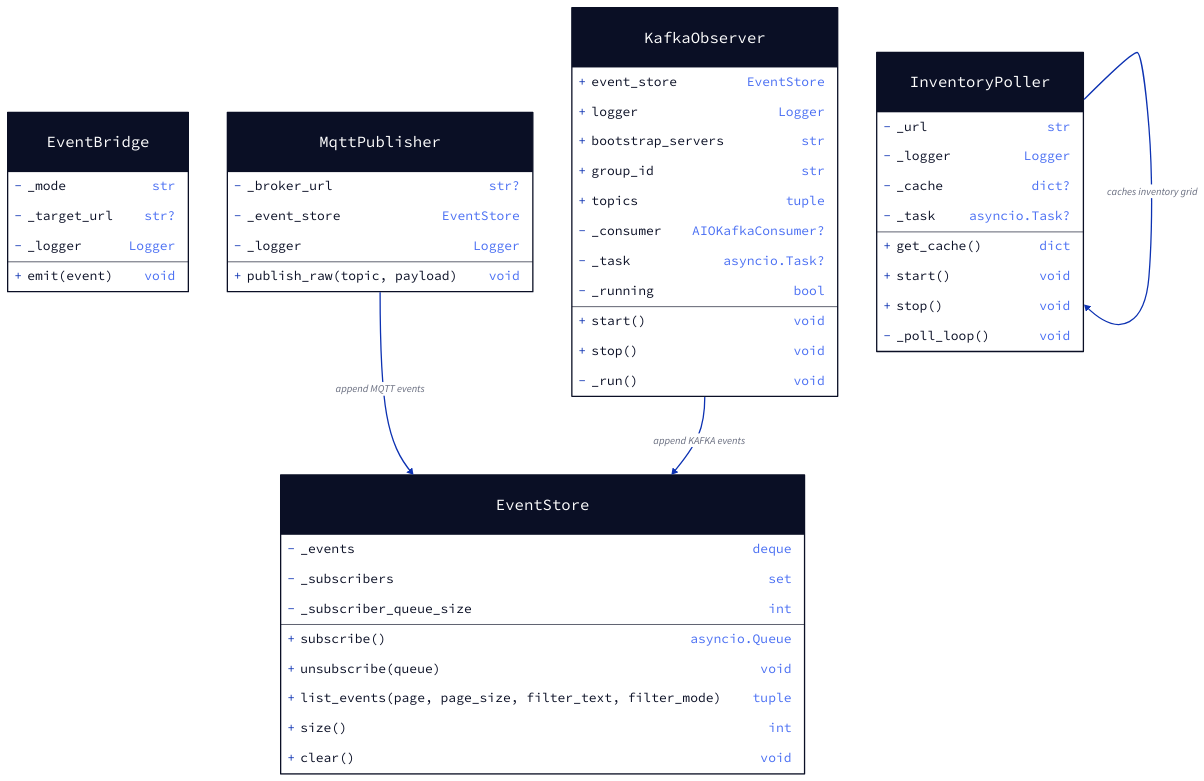
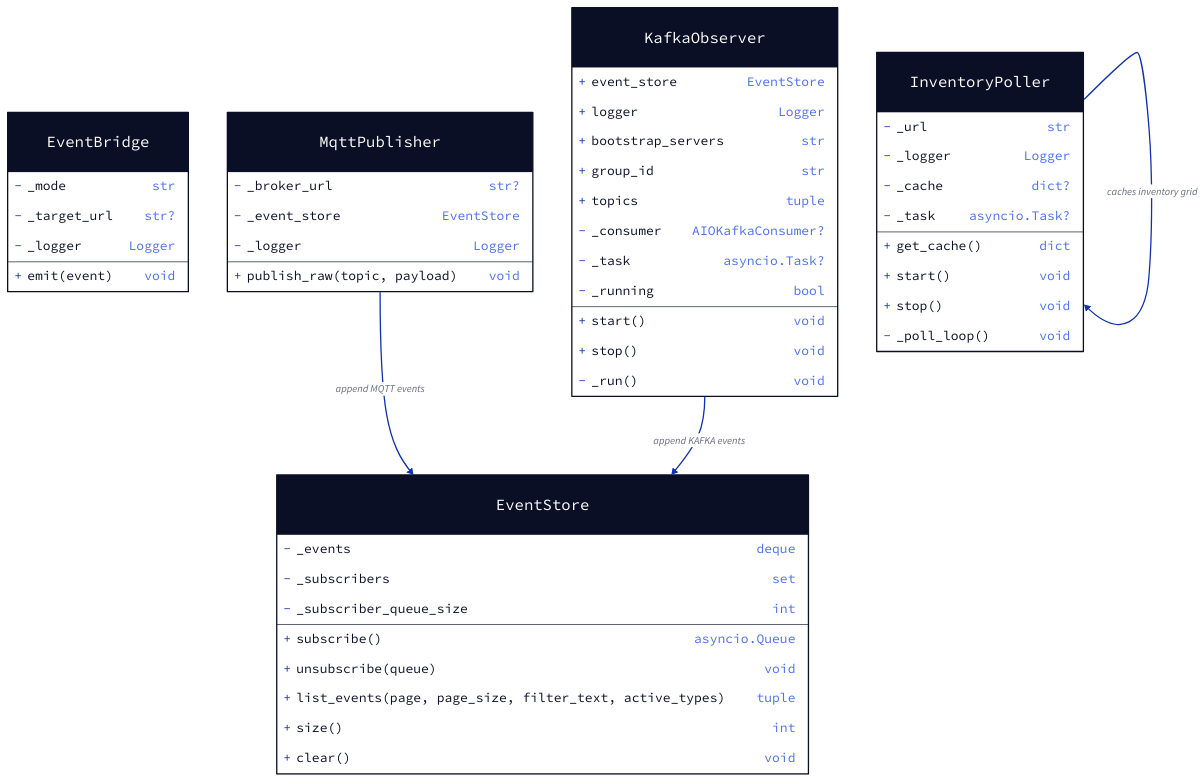
One commit to ielpo/edpo-project-group1 changed the diagram in services/simulated-factory/simulated_factory/diagrams/06-adapters-events-class.d2. Above: the diagram before and after it, drawn with D2. The commit also changed 20 other files, not shown here.

```diff
--- a/services/simulated-factory/simulated_factory/diagrams/06-adapters-events-class.d2
+++ b/services/simulated-factory/simulated_factory/diagrams/06-adapters-events-class.d2
@@ -1,64 +1,64 @@
 # Adapters and Event infrastructure classes.
 # Render: d2 06-adapters-events-class.d2 adapters-events-class.svg
 
 EventStore: {
   shape: class
   -_events: deque
   -_subscribers: set
   -_subscriber_queue_size: int
   +append(event_type, **kwargs)
   +subscribe(): asyncio.Queue
   +unsubscribe(queue)
-  +list_events(page, page_size, filter_text, filter_mode): tuple
+  +list_events(page, page_size, filter_text, active_types): tuple
   +size(): int
   +clear()
 }
 
 EventBridge: {
   shape: class
   # Defined but NOT wired by deps.py in the current code.
   -_mode: str
   -_target_url: str?
   -_logger: Logger
   +emit(event)
 }
 
 MqttPublisher: {
   shape: class
   # Wired in deps.py — used by DistanceSensor via SensorRegistry.wire()
   -_broker_url: str?
   -_event_store: EventStore
   -_logger: Logger
   +publish_raw(topic, payload)
 }
 
 KafkaObserver: {
   shape: class
   +event_store: EventStore
   +logger: Logger
   +bootstrap_servers: str
   +group_id: str
   +topics: tuple
   -_consumer: AIOKafkaConsumer?
   -_task: asyncio.Task?
   -_running: bool
   +start()
   +stop()
   -_run()
 }
 
 InventoryPoller: {
   shape: class
   -_url: str
   -_logger: Logger
   -_cache: dict?
   -_task: asyncio.Task?
   +get_cache(): dict
   +start()
   +stop()
   -_poll_loop()
 }
 
 MqttPublisher    -> EventStore: "append MQTT events"
 KafkaObserver    -> EventStore: "append KAFKA events"
 InventoryPoller  -> InventoryPoller: "caches inventory grid"
```
